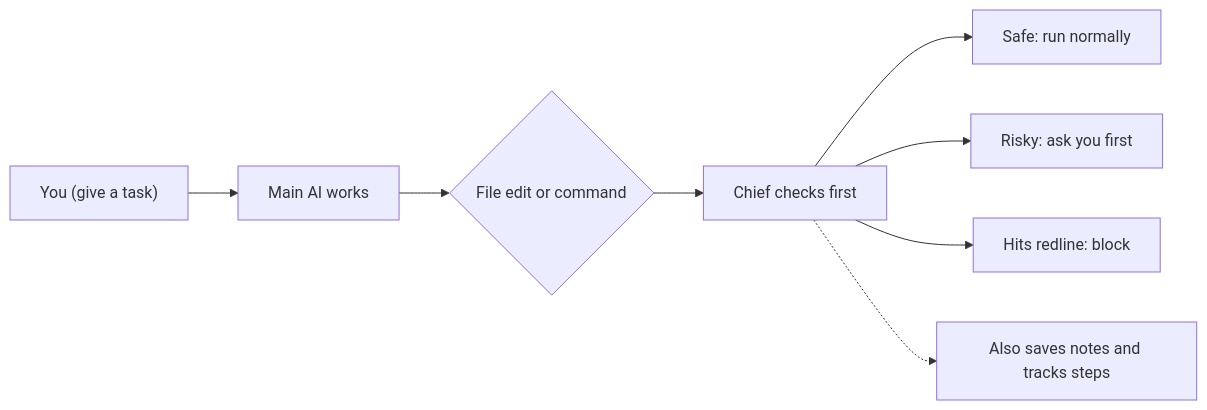
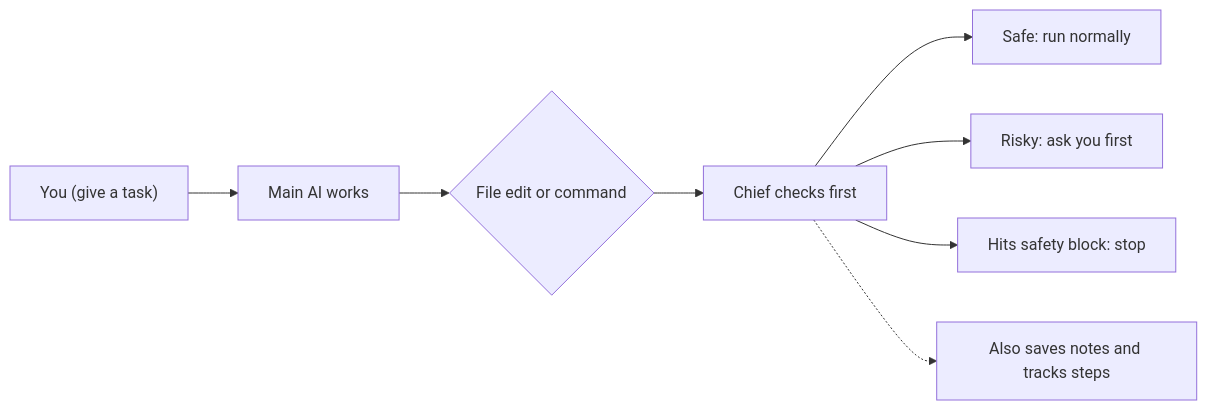
One commit to gluztm/dsh-chief changed the first of 3 diagrams in README.en.md. Above: the diagram before and after it, drawn with Mermaid. The commit also changed other lines of this file and 40 other files, not shown here.

````diff
--- a/README.en.md
+++ b/README.en.md
@@ -37,10 +37,10 @@
 ```mermaid
 flowchart LR
   U["You (give a task)"] --> L["Main AI works"]
   L --> C{"File edit or command"}
   C --> G["Chief checks first"]
   G --> A["Safe: run normally"]
   G --> B["Risky: ask you first"]
-  G --> D["Hits redline: block"]
+  G --> D["Hits safety block: stop"]
   G -.-> M["Also saves notes and tracks steps"]
 ```
````
